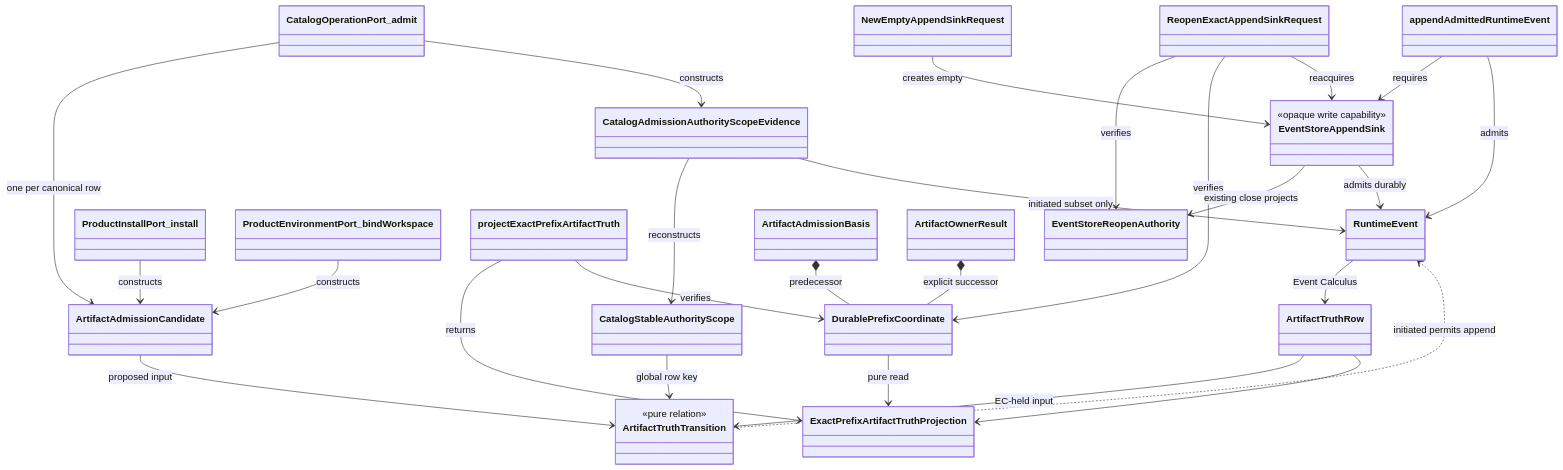
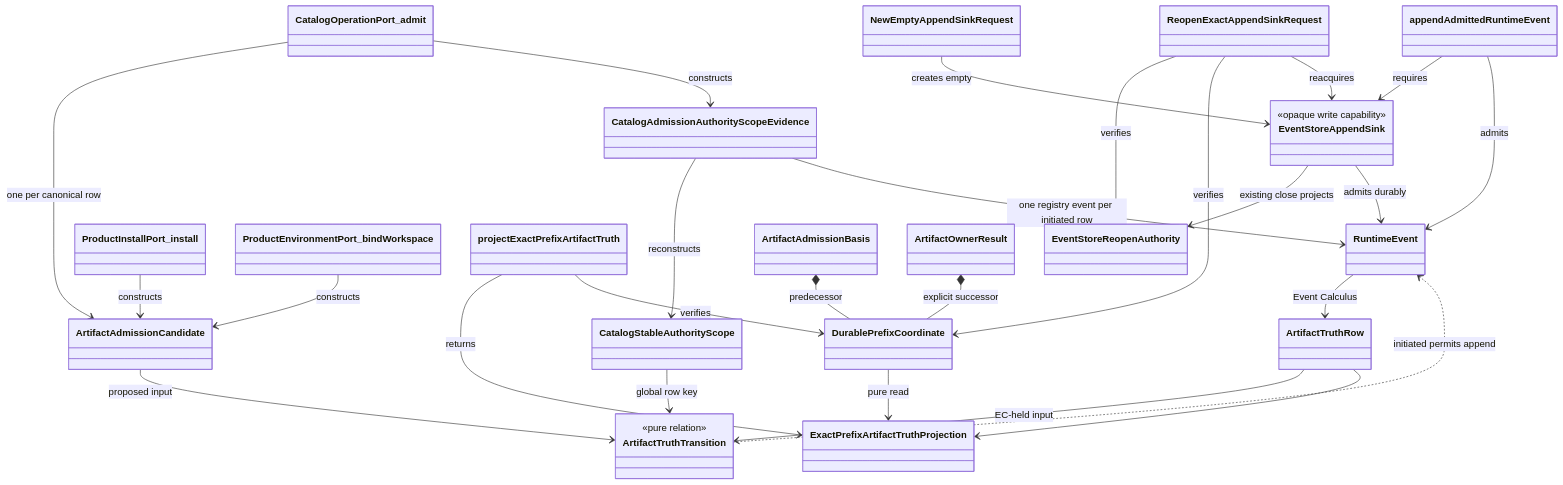
Before and after one commit to foolishimp/abiogenesis: the first of 5 diagrams in build_tenants/abiogenesis/typescript/design/M05_S06_AXIOMATIC_AUTHORITY_AND_EXACT_PUBLIC_CONSTRUCTION_DESIGN.md, drawn with Mermaid. The commit also changed other lines of this file, not shown here.

Commit message:
design: bind catalog truth to durable row events

````diff
--- a/build_tenants/abiogenesis/typescript/design/M05_S06_AXIOMATIC_AUTHORITY_AND_EXACT_PUBLIC_CONSTRUCTION_DESIGN.md
+++ b/build_tenants/abiogenesis/typescript/design/M05_S06_AXIOMATIC_AUTHORITY_AND_EXACT_PUBLIC_CONSTRUCTION_DESIGN.md
@@ -266,52 +266,52 @@
 ```mermaid
 classDiagram
   class DurablePrefixCoordinate
   class EventStoreReopenAuthority
   class EventStoreAppendSink {
     <<opaque write capability>>
   }
   class NewEmptyAppendSinkRequest
   class ReopenExactAppendSinkRequest
   class ProductInstallPort_install
   class ProductEnvironmentPort_bindWorkspace
   class CatalogOperationPort_admit
   class projectExactPrefixArtifactTruth
   class appendAdmittedRuntimeEvent
   class ArtifactAdmissionCandidate
   class ArtifactTruthTransition {
     <<pure relation>>
   }
   class RuntimeEvent
   class ArtifactTruthRow
   class ExactPrefixArtifactTruthProjection
   class ArtifactAdmissionBasis
   class ArtifactOwnerResult
   class CatalogStableAuthorityScope
   class CatalogAdmissionAuthorityScopeEvidence
 
   NewEmptyAppendSinkRequest --> EventStoreAppendSink : creates empty
   ReopenExactAppendSinkRequest --> EventStoreReopenAuthority : verifies
   ReopenExactAppendSinkRequest --> DurablePrefixCoordinate : verifies
   ReopenExactAppendSinkRequest --> EventStoreAppendSink : reacquires
   EventStoreAppendSink --> EventStoreReopenAuthority : existing close projects
   ArtifactAdmissionBasis *-- DurablePrefixCoordinate : predecessor
   ProductInstallPort_install --> ArtifactAdmissionCandidate : constructs
   ProductEnvironmentPort_bindWorkspace --> ArtifactAdmissionCandidate : constructs
   CatalogOperationPort_admit --> ArtifactAdmissionCandidate : one per canonical row
   CatalogOperationPort_admit --> CatalogAdmissionAuthorityScopeEvidence : constructs
   CatalogAdmissionAuthorityScopeEvidence --> CatalogStableAuthorityScope : reconstructs
-  CatalogAdmissionAuthorityScopeEvidence --> RuntimeEvent : initiated subset only
+  CatalogAdmissionAuthorityScopeEvidence --> RuntimeEvent : one registry event per initiated row
   CatalogStableAuthorityScope --> ArtifactTruthTransition : global row key
   projectExactPrefixArtifactTruth --> ExactPrefixArtifactTruthProjection : returns
   projectExactPrefixArtifactTruth --> DurablePrefixCoordinate : verifies
   appendAdmittedRuntimeEvent --> EventStoreAppendSink : requires
   appendAdmittedRuntimeEvent --> RuntimeEvent : admits
   ArtifactAdmissionCandidate --> ArtifactTruthTransition : proposed input
   ArtifactTruthRow --> ArtifactTruthTransition : EC-held input
   ArtifactTruthTransition ..> RuntimeEvent : initiated permits append
   EventStoreAppendSink --> RuntimeEvent : admits durably
   RuntimeEvent --> ArtifactTruthRow : Event Calculus
   DurablePrefixCoordinate --> ExactPrefixArtifactTruthProjection : pure read
   ArtifactTruthRow --> ExactPrefixArtifactTruthProjection
   ArtifactOwnerResult *-- DurablePrefixCoordinate : explicit successor
 ```
````
